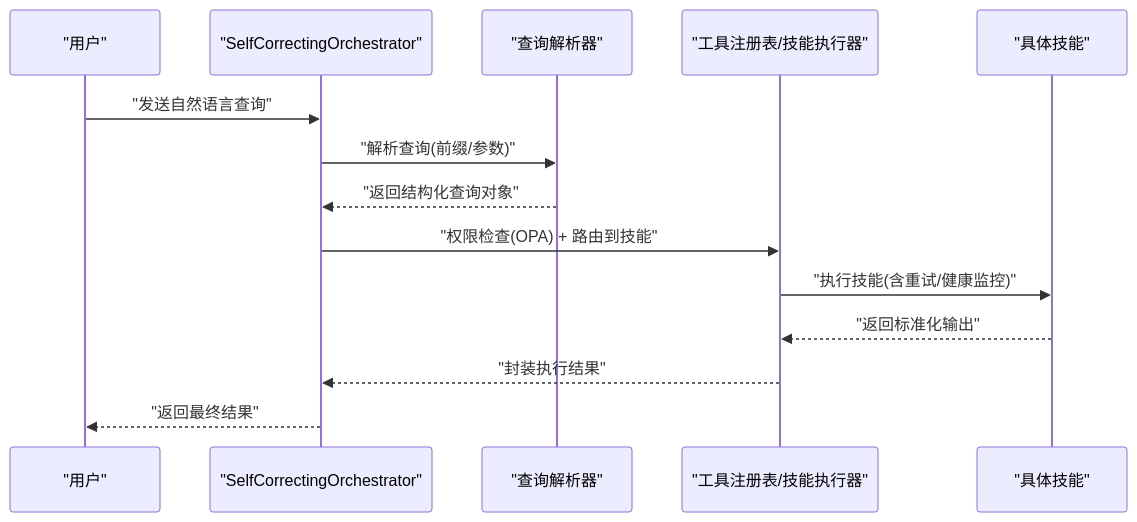
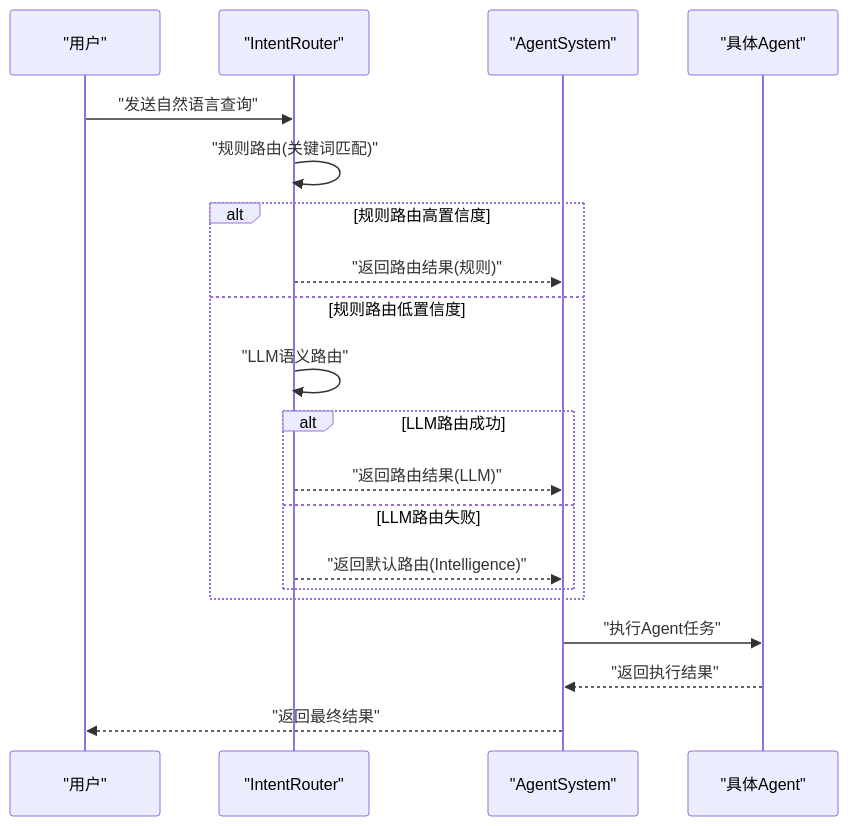
Before and after one commit to inier/ontology-graphiti: the second of 8 diagrams in .qoder/repowiki/zh/content/项目概述/核心特性/多智能体协同系统/智能体编排器.md, drawn with Mermaid. The commit also changed other lines of this file and 64 other files, not shown here.

````diff
--- a/.qoder/repowiki/zh/content/项目概述/核心特性/多智能体协同系统/智能体编排器.md
+++ b/.qoder/repowiki/zh/content/项目概述/核心特性/多智能体协同系统/智能体编排器.md
@@ -104,16 +125,22 @@
 ```mermaid
 sequenceDiagram
 participant U as "用户"
-participant O as "SelfCorrectingOrchestrator"
-participant P as "查询解析器"
-participant T as "工具注册表/技能执行器"
-participant S as "具体技能"
-U->>O : "发送自然语言查询"
-O->>P : "解析查询(前缀/参数)"
-P-->>O : "返回结构化查询对象"
-O->>T : "权限检查(OPA) + 路由到技能"
-T->>S : "执行技能(含重试/健康监控)"
-S-->>T : "返回标准化输出"
-T-->>O : "封装执行结果"
-O-->>U : "返回最终结果"
+participant IR as "IntentRouter"
+participant AS as "AgentSystem"
+participant A as "具体Agent"
+U->>IR : "发送自然语言查询"
+IR->>IR : "规则路由(关键词匹配)"
+alt 规则路由高置信度
+IR-->>AS : "返回路由结果(规则)"
+else 规则路由低置信度
+IR->>IR : "LLM语义路由"
+alt LLM路由成功
+IR-->>AS : "返回路由结果(LLM)"
+else LLM路由失败
+IR-->>AS : "返回默认路由(Intelligence)"
+end
+end
+AS->>A : "执行Agent任务"
+A-->>AS : "返回执行结果"
+AS-->>U : "返回最终结果"
 ```
````
